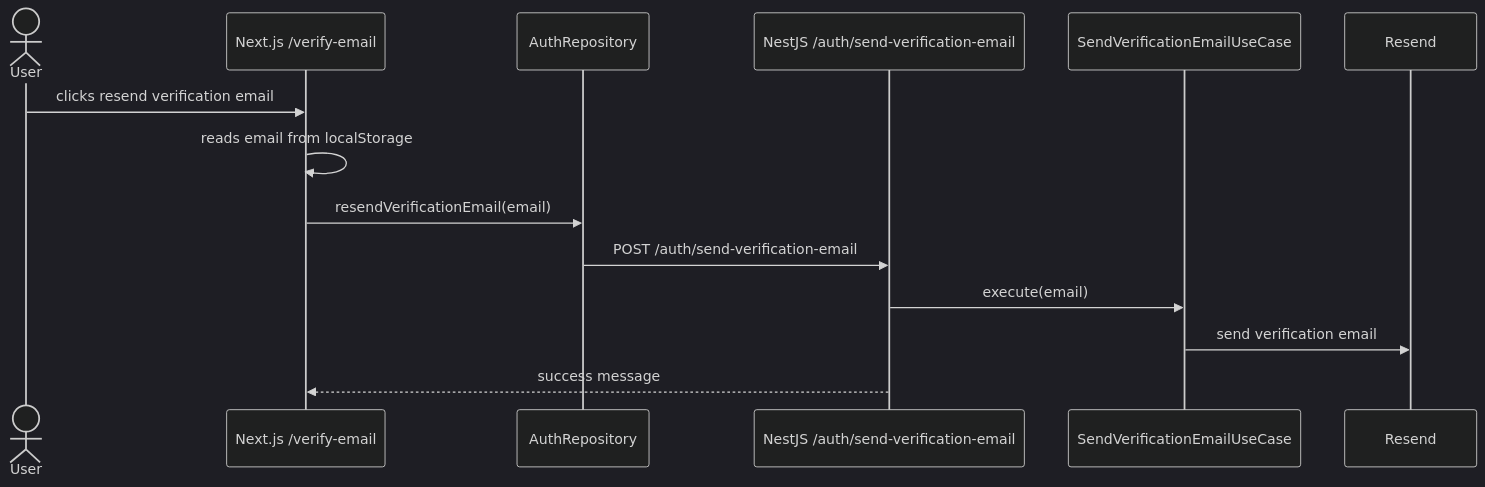
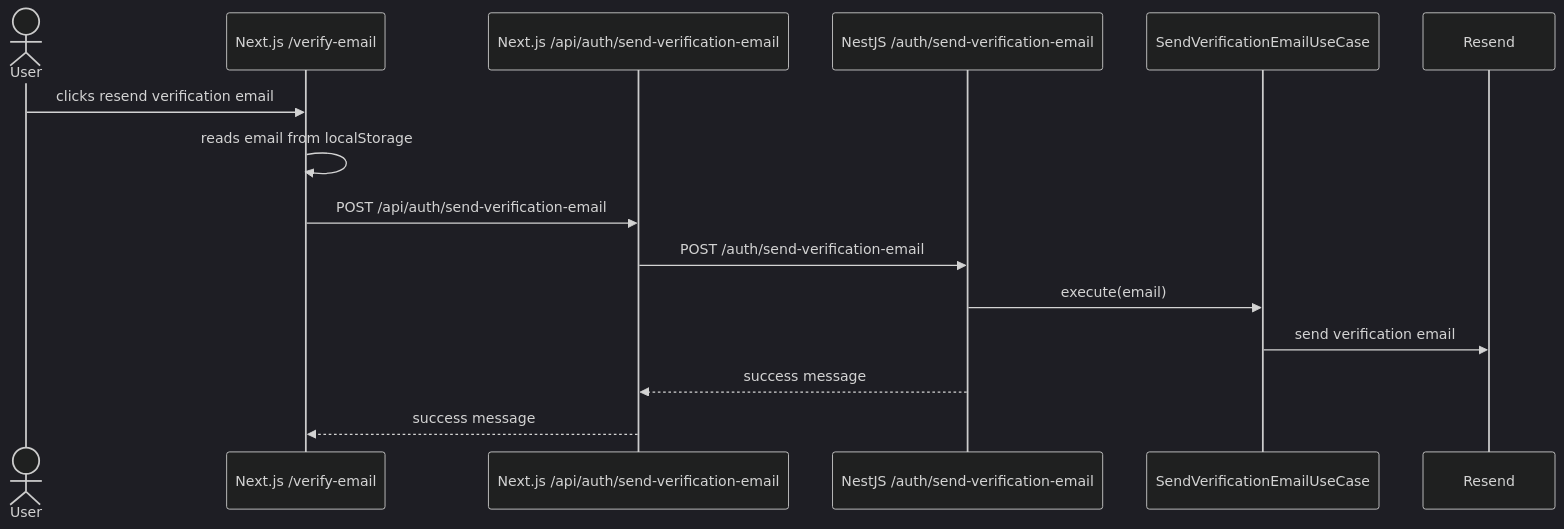
Before and after one commit to Erics-Barbers/erics-barbers-docs: the fifth of 11 diagrams in Authentication Flows.md, drawn with Mermaid (dark theme). The commit also changed other lines of this file and 6 other files, not shown here.

````diff
--- a/Authentication Flows.md
+++ b/Authentication Flows.md
@@ -288,17 +311,18 @@
 ```mermaid
 sequenceDiagram
     actor User
     participant VerifyPage as Next.js /verify-email
-    participant AuthRepository as AuthRepository
+    participant NextResend as Next.js /api/auth/send-verification-email
     participant NestAuth as NestJS /auth/send-verification-email
     participant UseCase as SendVerificationEmailUseCase
     participant Email as Resend
 
     User->>VerifyPage: clicks resend verification email
     VerifyPage->>VerifyPage: reads email from localStorage
-    VerifyPage->>AuthRepository: resendVerificationEmail(email)
-    AuthRepository->>NestAuth: POST /auth/send-verification-email
+    VerifyPage->>NextResend: POST /api/auth/send-verification-email
+    NextResend->>NestAuth: POST /auth/send-verification-email
     NestAuth->>UseCase: execute(email)
     UseCase->>Email: send verification email
-    NestAuth-->>VerifyPage: success message
+    NestAuth-->>NextResend: success message
+    NextResend-->>VerifyPage: success message
 ```
````
